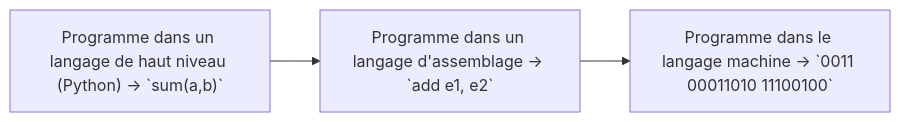
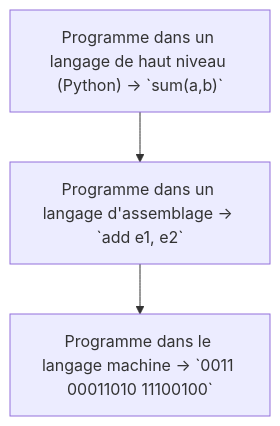
One commit to boddaert/nsi changed the diagram in première/Architecture_des_machines/Langage_machine.md. Above: the diagram before and after it, drawn with Mermaid.

````diff
--- a/première/Architecture_des_machines/Langage_machine.md
+++ b/première/Architecture_des_machines/Langage_machine.md
@@ -23,7 +23,7 @@
 ```mermaid
-flowchart LR
+flowchart TB
     a["Programme dans un langage de haut niveau (Python) -> `sum(a,b)`"]
     b["Programme dans un langage d'assemblage -> `add e1, e2`"]
     c["Programme dans le langage machine -> `0011 00011010 11100100`"]
     a-->b-->c
 ```
````
